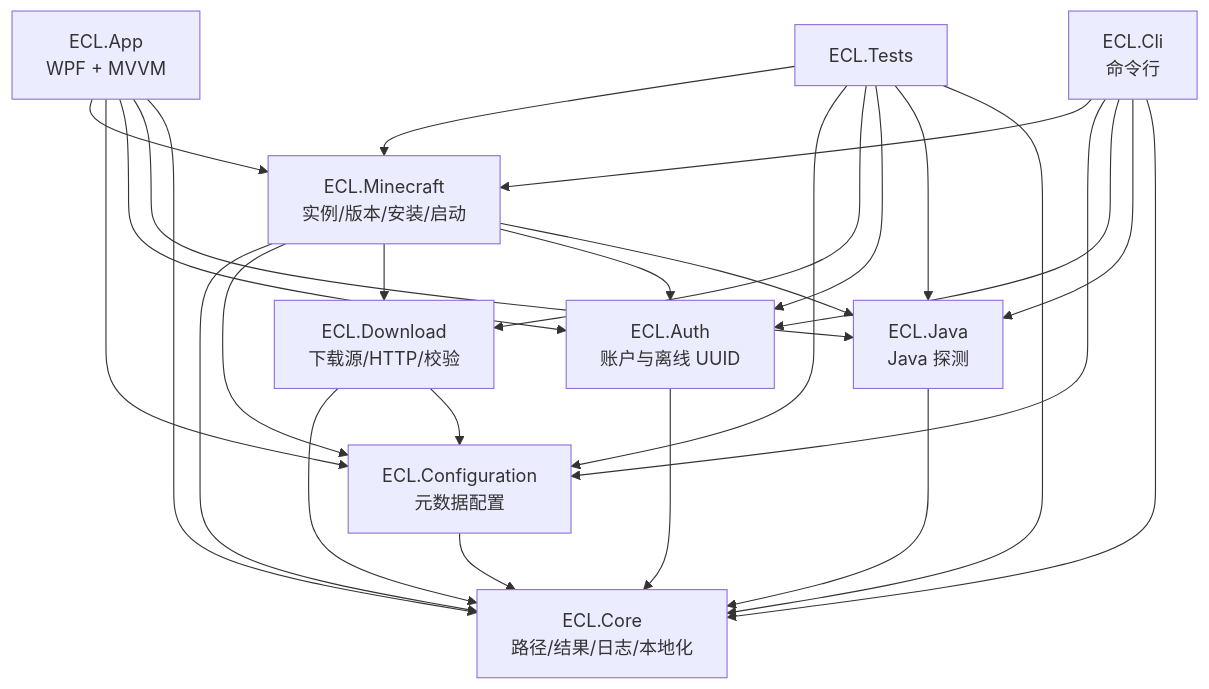
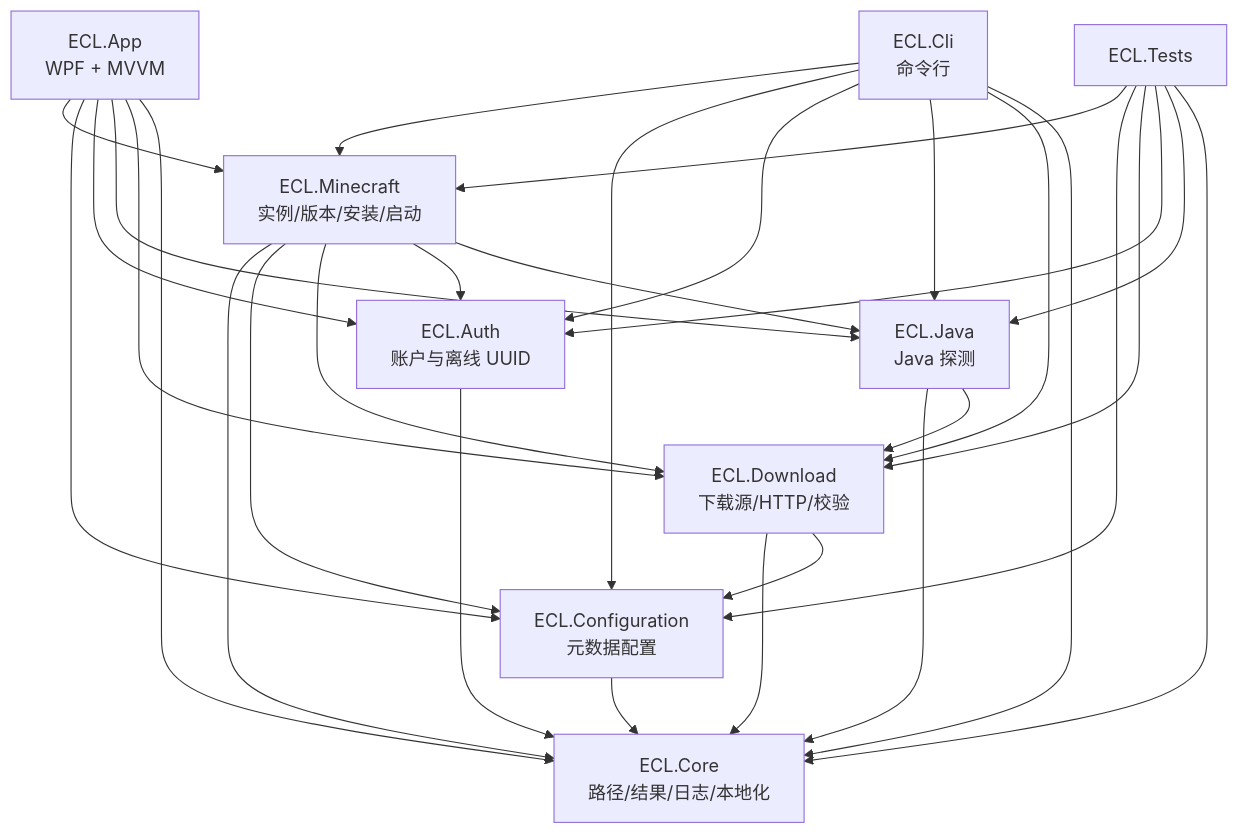
One commit to hellokug2699/Ender-Craft-Launcher changed the diagram in docs/architecture.md. Above: the diagram before and after it, drawn with Mermaid. The commit also changed other lines of this file and 30 other files, not shown here.

First line of the commit message:
feat: add Java management and runtime download (v0.4)

````diff
--- a/docs/architecture.md
+++ b/docs/architecture.md
@@ -28,39 +28,42 @@
 ```mermaid
 flowchart TD
     Core[ECL.Core<br/>路径/结果/日志/本地化]
     Config[ECL.Configuration<br/>元数据配置]
     Download[ECL.Download<br/>下载源/HTTP/校验]
     Auth[ECL.Auth<br/>账户与离线 UUID]
     Java[ECL.Java<br/>Java 探测]
     MC[ECL.Minecraft<br/>实例/版本/安装/启动]
     App[ECL.App<br/>WPF + MVVM]
     Cli[ECL.Cli<br/>命令行]
     Tests[ECL.Tests]
 
     Config --> Core
     Download --> Core
     Download --> Config
     Auth --> Core
     Java --> Core
+    Java --> Download
     MC --> Core
     MC --> Config
     MC --> Download
     MC --> Auth
     MC --> Java
     App --> MC
     App --> Config
     App --> Auth
     App --> Java
+    App --> Download
     App --> Core
     Cli --> MC
     Cli --> Config
     Cli --> Auth
     Cli --> Java
+    Cli --> Download
     Cli --> Core
     Tests --> MC
     Tests --> Config
     Tests --> Download
     Tests --> Auth
     Tests --> Java
     Tests --> Core
 ```
````
